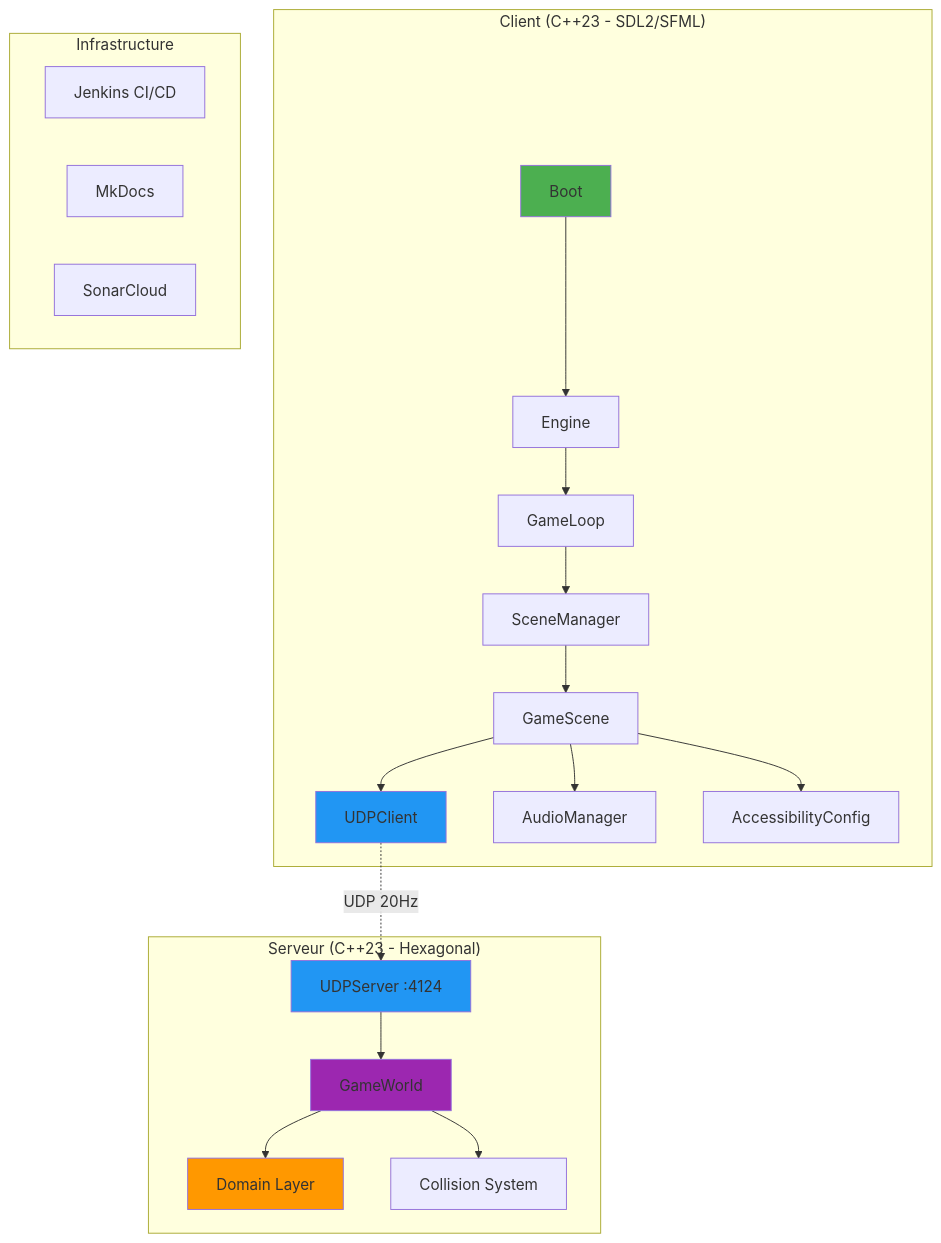
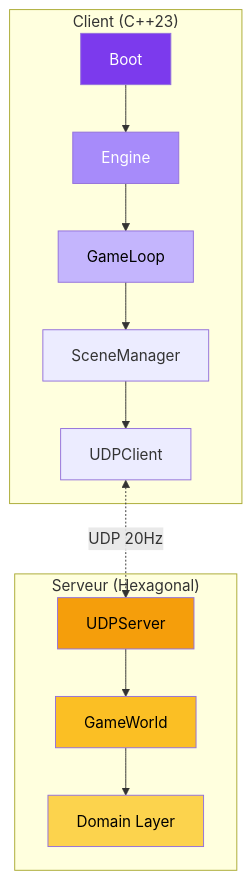
Before and after one commit to ChrisG-L/rtype: the diagram in docs/index.md, drawn with Mermaid. The commit also changed other lines of this file and 3 other files, not shown here.

````diff
--- a/docs/index.md
+++ b/docs/index.md
@@ -82,36 +125,23 @@
 ```mermaid
 graph TB
-    subgraph "Client (C++23 - SDL2/SFML)"
+    subgraph Client["Client (C++23)"]
         Boot[Boot] --> Engine[Engine]
         Engine --> GameLoop[GameLoop]
-        GameLoop --> SceneManager[SceneManager]
-        SceneManager --> GameScene[GameScene]
-        GameScene --> UDPClient[UDPClient]
-        GameScene --> AudioManager[AudioManager]
-        GameScene --> AccessConfig[AccessibilityConfig]
+        GameLoop --> Scene[SceneManager]
+        Scene --> UDP_C[UDPClient]
     end
 
-    subgraph "Infrastructure"
-        Jenkins[Jenkins CI/CD]
-        Docs[MkDocs]
-        SonarCloud[SonarCloud]
+    subgraph Server["Serveur (Hexagonal)"]
+        UDP_S[UDPServer] --> GameWorld[GameWorld]
+        GameWorld --> Domain[Domain Layer]
     end
 
-    subgraph "Serveur (C++23 - Hexagonal)"
-        UDP[UDPServer :4124]
-        GameWorld[GameWorld]
-        Domain[Domain Layer]
-        Collision[Collision System]
-    end
+    UDP_C <-.->|UDP 20Hz| UDP_S
 
-    UDPClient -.UDP 20Hz.-> UDP
-    UDP --> GameWorld
-    GameWorld --> Collision
-    GameWorld --> Domain
-
-    style Boot fill:#4CAF50
-    style UDPClient fill:#2196F3
-    style UDP fill:#2196F3
-    style Domain fill:#FF9800
-    style GameWorld fill:#9C27B0
+    style Boot fill:#7c3aed,color:#fff
+    style Engine fill:#a78bfa,color:#fff
+    style GameLoop fill:#c4b5fd,color:#000
+    style UDP_S fill:#f59e0b,color:#000
+    style GameWorld fill:#fbbf24,color:#000
+    style Domain fill:#fcd34d,color:#000
 ```
````
